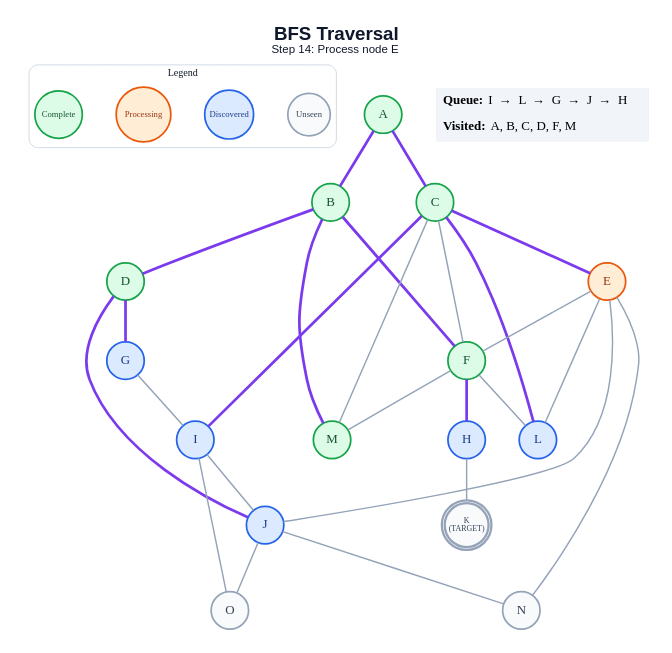
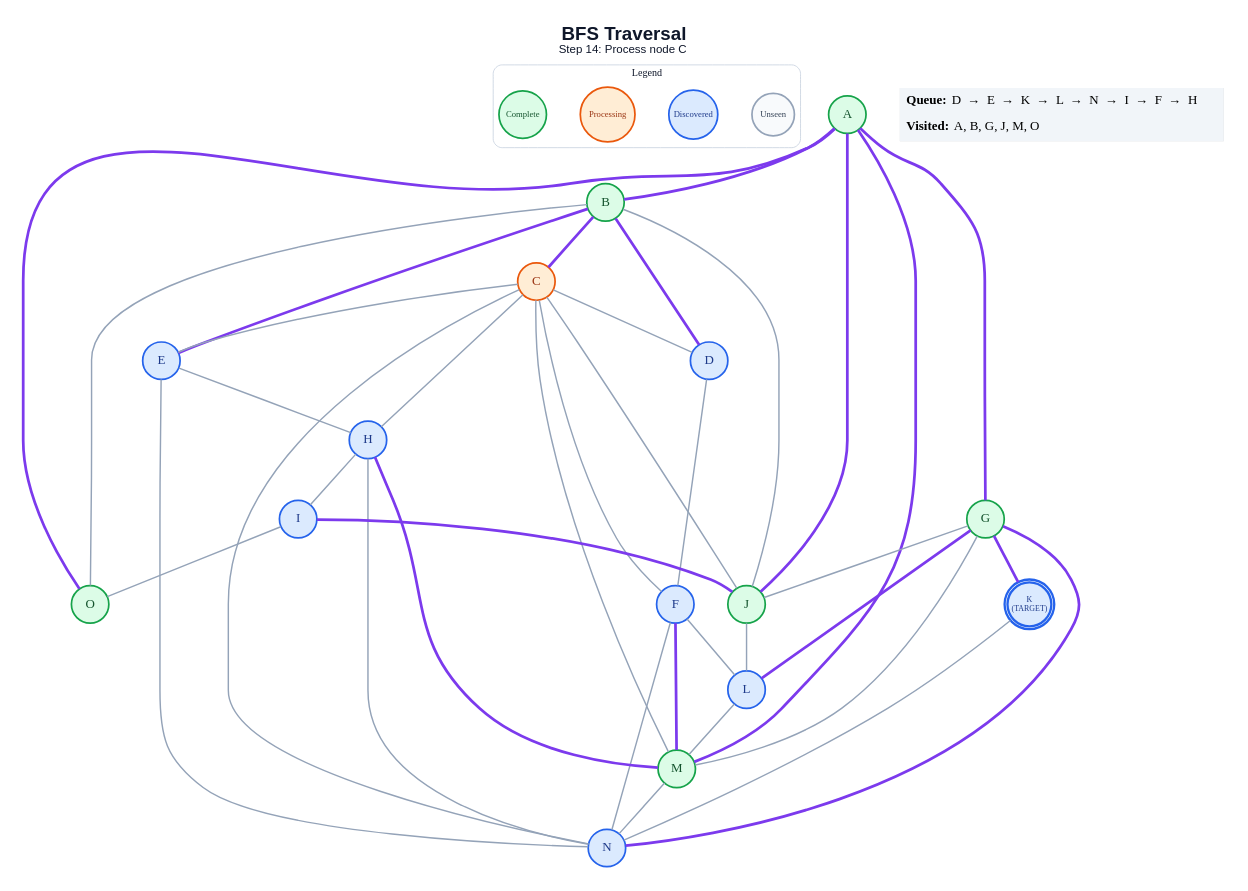
The diagram in generated/specific-node/bfs/step_14.dot (anon7238593-create/ai-slop), drawn with Graphviz before and after one commit. The commit also changed 361 other files, not shown here.

```diff
--- a/generated/specific-node/bfs/step_14.dot
+++ b/generated/specific-node/bfs/step_14.dot
@@ -1,59 +1,71 @@
 graph traversal {
   graph [layout=dot, rankdir=TB, bgcolor="#FFFFFF", pad="0.35", nodesep="0.65", ranksep="0.8", fontname="Arial"];
   node [shape=circle, style="filled", fontname="Arial Bold", fontsize=18, width=0.72, fixedsize=true, penwidth=2.4];
   edge [color="#94A3B8", penwidth=2.0];
-  label=<<B>BFS Traversal</B><BR/><FONT POINT-SIZE="16">Step 14: Process node E</FONT>>; labelloc="t"; fontsize=26; fontname="Arial"; fontcolor="#0F172A";
+  label=<<B>BFS Traversal</B><BR/><FONT POINT-SIZE="16">Step 14: Process node C</FONT>>; labelloc="t"; fontsize=26; fontname="Arial"; fontcolor="#0F172A";
   subgraph cluster_legend { label="Legend"; color="#CBD5E1"; penwidth=1.2; style="rounded"; fontsize=14; fontname="Arial Bold";
     key_unseen [label="Unseen", fillcolor="#F8FAFC", color="#94A3B8", fontcolor="#334155", fontsize=12, width=0.82];
     key_frontier [label="Discovered", fillcolor="#DBEAFE", color="#2563EB", fontcolor="#1E3A8A", fontsize=12, width=0.95];
     key_current [label="Processing", fillcolor="#FFEDD5", color="#EA580C", fontcolor="#9A3412", fontsize=12, width=1.05];
     key_done [label="Complete", fillcolor="#DCFCE7", color="#16A34A", fontcolor="#14532D", fontsize=12, width=0.92];
     { rank=same; key_unseen; key_frontier; key_current; key_done; }
   }
   A [label="A", fillcolor="#DCFCE7", color="#16A34A", fontcolor="#14532D", peripheries=1, penwidth=2.4];
   B [label="B", fillcolor="#DCFCE7", color="#16A34A", fontcolor="#14532D", peripheries=1, penwidth=2.4];
-  C [label="C", fillcolor="#DCFCE7", color="#16A34A", fontcolor="#14532D", peripheries=1, penwidth=2.4];
-  D [label="D", fillcolor="#DCFCE7", color="#16A34A", fontcolor="#14532D", peripheries=1, penwidth=2.4];
-  E [label="E", fillcolor="#FFEDD5", color="#EA580C", fontcolor="#9A3412", peripheries=1, penwidth=2.4];
-  F [label="F", fillcolor="#DCFCE7", color="#16A34A", fontcolor="#14532D", peripheries=1, penwidth=2.4];
-  G [label="G", fillcolor="#DBEAFE", color="#2563EB", fontcolor="#1E3A8A", peripheries=1, penwidth=2.4];
+  C [label="C", fillcolor="#FFEDD5", color="#EA580C", fontcolor="#9A3412", peripheries=1, penwidth=2.4];
+  D [label="D", fillcolor="#DBEAFE", color="#2563EB", fontcolor="#1E3A8A", peripheries=1, penwidth=2.4];
+  E [label="E", fillcolor="#DBEAFE", color="#2563EB", fontcolor="#1E3A8A", peripheries=1, penwidth=2.4];
+  F [label="F", fillcolor="#DBEAFE", color="#2563EB", fontcolor="#1E3A8A", peripheries=1, penwidth=2.4];
+  G [label="G", fillcolor="#DCFCE7", color="#16A34A", fontcolor="#14532D", peripheries=1, penwidth=2.4];
   H [label="H", fillcolor="#DBEAFE", color="#2563EB", fontcolor="#1E3A8A", peripheries=1, penwidth=2.4];
   I [label="I", fillcolor="#DBEAFE", color="#2563EB", fontcolor="#1E3A8A", peripheries=1, penwidth=2.4];
-  J [label="J", fillcolor="#DBEAFE", color="#2563EB", fontcolor="#1E3A8A", peripheries=1, penwidth=2.4];
-  K [label="K\n(TARGET)", fillcolor="#F8FAFC", color="#94A3B8", fontcolor="#334155", peripheries=2, penwidth=3.2, fontsize=11, width=0.85, height=0.85];
+  J [label="J", fillcolor="#DCFCE7", color="#16A34A", fontcolor="#14532D", peripheries=1, penwidth=2.4];
+  K [label="K\n(TARGET)", fillcolor="#DBEAFE", color="#2563EB", fontcolor="#1E3A8A", peripheries=2, penwidth=3.2, fontsize=11, width=0.85, height=0.85];
   L [label="L", fillcolor="#DBEAFE", color="#2563EB", fontcolor="#1E3A8A", peripheries=1, penwidth=2.4];
   M [label="M", fillcolor="#DCFCE7", color="#16A34A", fontcolor="#14532D", peripheries=1, penwidth=2.4];
-  N [label="N", fillcolor="#F8FAFC", color="#94A3B8", fontcolor="#334155", peripheries=1, penwidth=2.4];
-  O [label="O", fillcolor="#F8FAFC", color="#94A3B8", fontcolor="#334155", peripheries=1, penwidth=2.4];
+  N [label="N", fillcolor="#DBEAFE", color="#2563EB", fontcolor="#1E3A8A", peripheries=1, penwidth=2.4];
+  O [label="O", fillcolor="#DCFCE7", color="#16A34A", fontcolor="#14532D", peripheries=1, penwidth=2.4];
   A -- B [color="#7C3AED", penwidth=3.8];
-  A -- C [color="#7C3AED", penwidth=3.8];
+  A -- G [color="#7C3AED", penwidth=3.8];
+  A -- J [color="#7C3AED", penwidth=3.8];
+  A -- M [color="#7C3AED", penwidth=3.8];
+  A -- O [color="#7C3AED", penwidth=3.8];
+  B -- C [color="#7C3AED", penwidth=3.8];
   B -- D [color="#7C3AED", penwidth=3.8];
-  B -- F [color="#7C3AED", penwidth=3.8];
-  B -- M [color="#7C3AED", penwidth=3.8];
-  C -- E [color="#7C3AED", penwidth=3.8];
+  B -- E [color="#7C3AED", penwidth=3.8];
+  B -- J;
+  B -- O;
+  C -- D;
+  C -- E;
   C -- F;
-  C -- I [color="#7C3AED", penwidth=3.8];
-  C -- L [color="#7C3AED", penwidth=3.8];
+  C -- H;
+  C -- J;
   C -- M;
-  D -- G [color="#7C3AED", penwidth=3.8];
-  D -- J [color="#7C3AED", penwidth=3.8];
-  E -- F;
-  E -- J;
-  E -- L;
+  C -- N;
+  D -- F;
+  E -- H;
   E -- N;
-  F -- H [color="#7C3AED", penwidth=3.8];
   F -- L;
-  F -- M;
-  G -- I;
-  H -- K;
-  I -- J;
+  F -- M [color="#7C3AED", penwidth=3.8];
+  F -- N;
+  G -- J;
+  G -- K [color="#7C3AED", penwidth=3.8];
+  G -- L [color="#7C3AED", penwidth=3.8];
+  G -- M;
+  G -- N [color="#7C3AED", penwidth=3.8];
+  H -- I;
+  H -- M [color="#7C3AED", penwidth=3.8];
+  H -- N;
+  I -- J [color="#7C3AED", penwidth=3.8];
   I -- O;
-  J -- N;
-  J -- O;
+  J -- L;
+  K -- N;
+  L -- M;
+  M -- N;
   status [shape=plain, fixedsize=false, width=0, height=0, margin=0, label=<
     <TABLE BORDER="0" CELLBORDER="0" CELLPADDING="7" BGCOLOR="#F1F5F9">
-      <TR><TD ALIGN="LEFT"><B>Queue:</B> I  →  L  →  G  →  J  →  H</TD></TR>
-      <TR><TD ALIGN="LEFT"><B>Visited:</B> A, B, C, D, F, M</TD></TR>
+      <TR><TD ALIGN="LEFT"><B>Queue:</B> D  →  E  →  K  →  L  →  N  →  I  →  F  →  H</TD></TR>
+      <TR><TD ALIGN="LEFT"><B>Visited:</B> A, B, G, J, M, O</TD></TR>
     </TABLE>
   >];
 }
```
